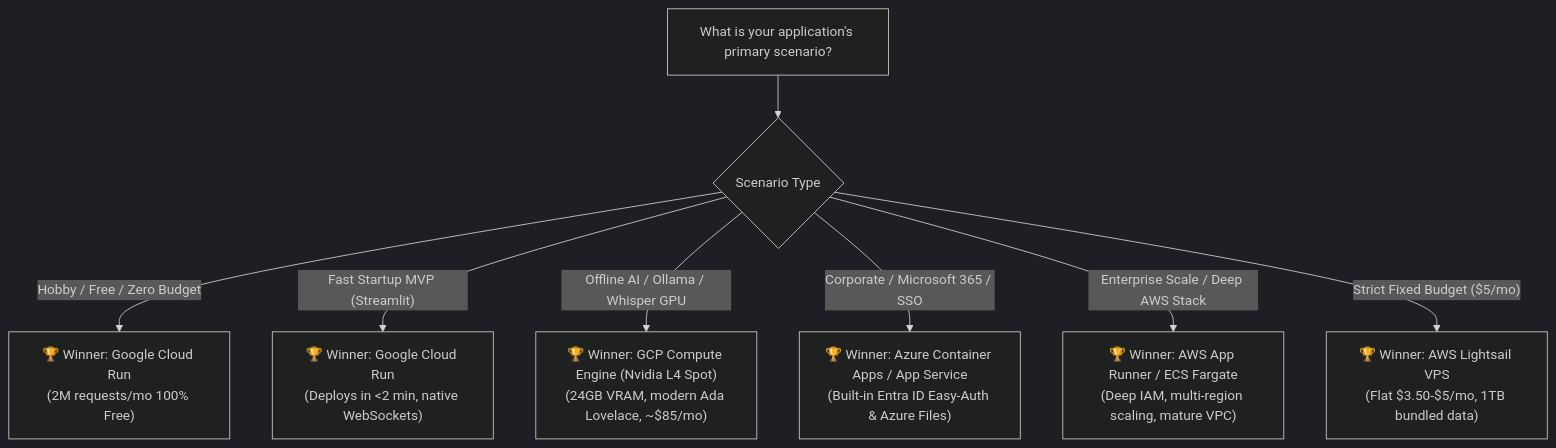
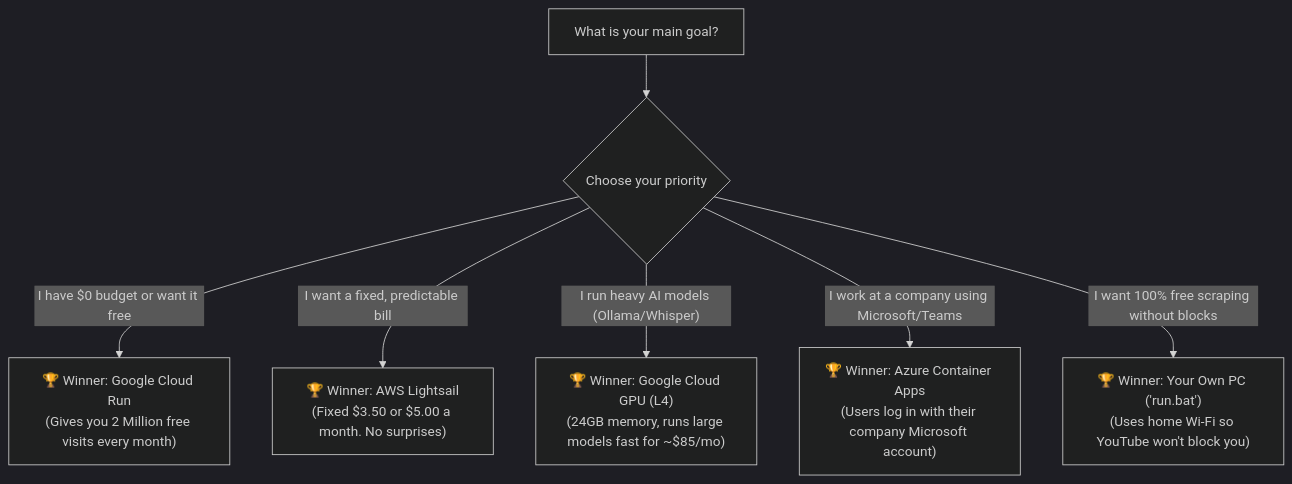
Before and after one commit to anjanik366/deployment-strategies: the diagram in Conclusion.md, drawn with Mermaid (dark theme). The commit also changed other lines of this file and 10 other files, not shown here.

````diff
--- a/Conclusion.md
+++ b/Conclusion.md
@@ -35,11 +27,10 @@
 ```mermaid
 flowchart TD
-    Start["What is your application's primary scenario?"] --> S1{"Scenario Type"}
+    Start["What is your main goal?"] --> Q{"Choose your priority"}
     
-    S1 -- "Hobby / Free / Zero Budget" --> Rec1["🏆 Winner: Google Cloud Run\n(2M requests/mo 100% Free)"]
-    S1 -- "Fast Startup MVP (Streamlit)" --> Rec2["🏆 Winner: Google Cloud Run\n(Deploys in <2 min, native WebSockets)"]
-    S1 -- "Offline AI / Ollama / Whisper GPU" --> Rec3["🏆 Winner: GCP Compute Engine (Nvidia L4 Spot)\n(24GB VRAM, modern Ada Lovelace, ~$85/mo)"]
-    S1 -- "Corporate / Microsoft 365 / SSO" --> Rec4["🏆 Winner: Azure Container Apps / App Service\n(Built-in Entra ID Easy-Auth & Azure Files)"]
-    S1 -- "Enterprise Scale / Deep AWS Stack" --> Rec5["🏆 Winner: AWS App Runner / ECS Fargate\n(Deep IAM, multi-region scaling, mature VPC)"]
-    S1 -- "Strict Fixed Budget ($5/mo)" --> Rec6["🏆 Winner: AWS Lightsail VPS\n(Flat $3.50-$5/mo, 1TB bundled data)"]
+    Q -- "I have $0 budget or want it free" --> GCP1["🏆 Winner: Google Cloud Run\n(Gives you 2 Million free visits every month)"]
+    Q -- "I want a fixed, predictable bill" --> AWS1["🏆 Winner: AWS Lightsail\n(Fixed $3.50 or $5.00 a month. No surprises)"]
+    Q -- "I run heavy AI models (Ollama/Whisper)" --> GCP2["🏆 Winner: Google Cloud GPU (L4)\n(24GB memory, runs large models fast for ~$85/mo)"]
+    Q -- "I work at a company using Microsoft/Teams" --> AZ1["🏆 Winner: Azure Container Apps\n(Users log in with their company Microsoft account)"]
+    Q -- "I want 100% free scraping without blocks" --> LOC1["🏆 Winner: Your Own PC ('run.bat')\n(Uses home Wi-Fi so YouTube won't block you)"]
 ```
````
